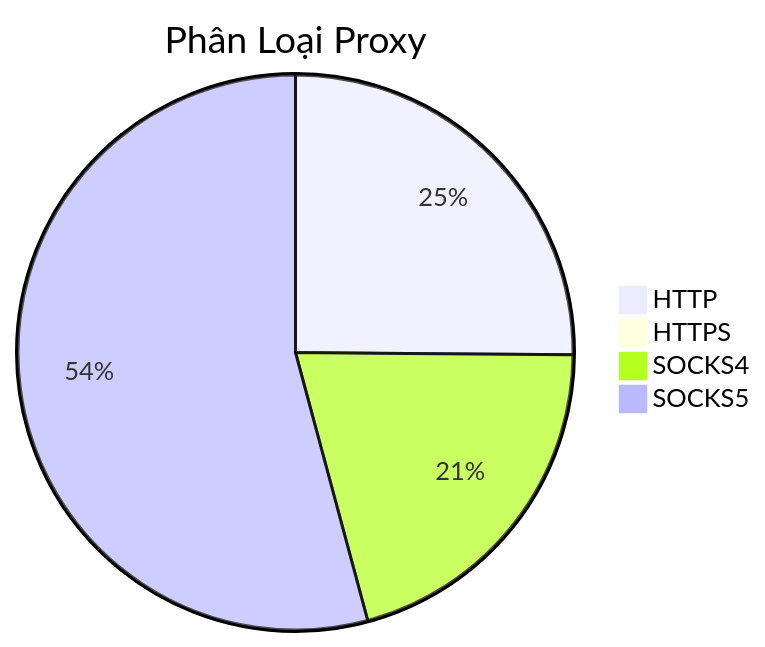
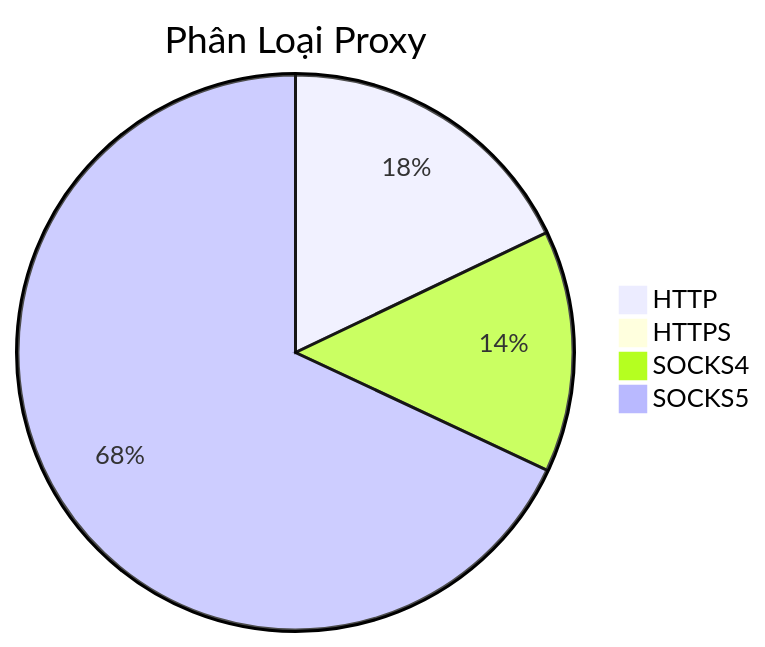
Before and after one commit to Ciara-Aa/PROXY-free: the diagram in README.md, drawn with Mermaid. The commit also changed other lines of this file and 4 other files, not shown here.

````diff
--- a/README.md
+++ b/README.md
@@ -26,7 +26,7 @@
 ```mermaid
 pie title Phân Loại Proxy
-    "HTTP" : 288
-    "HTTPS" : 2
-    "SOCKS4" : 237
-    "SOCKS5" : 621
+    "HTTP" : 293
+    "HTTPS" : 3
+    "SOCKS4" : 230
+    "SOCKS5" : 1113
 ```
````
